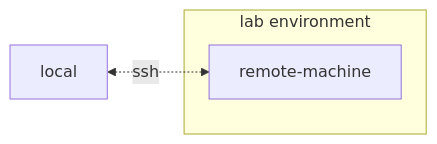
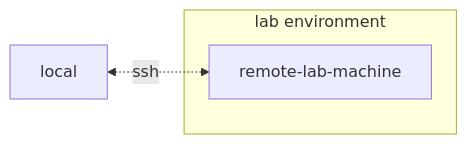
One commit to NVIDIA/nim-anywhere changed the first of 4 diagrams in README.md. Above: the diagram before and after it, drawn with Mermaid. The commit also changed other lines of this file and 3 other files, not shown here.

````diff
--- a/README.md
+++ b/README.md
@@ -127,9 +112,9 @@
 ``` mermaid
 flowchart LR
     local
     subgraph lab environment
-        remote-machine
+        remote-lab-machine
     end
 
-    local <-.ssh.-> remote-machine
+    local <-.ssh.-> remote-lab-machine
 ```
````
